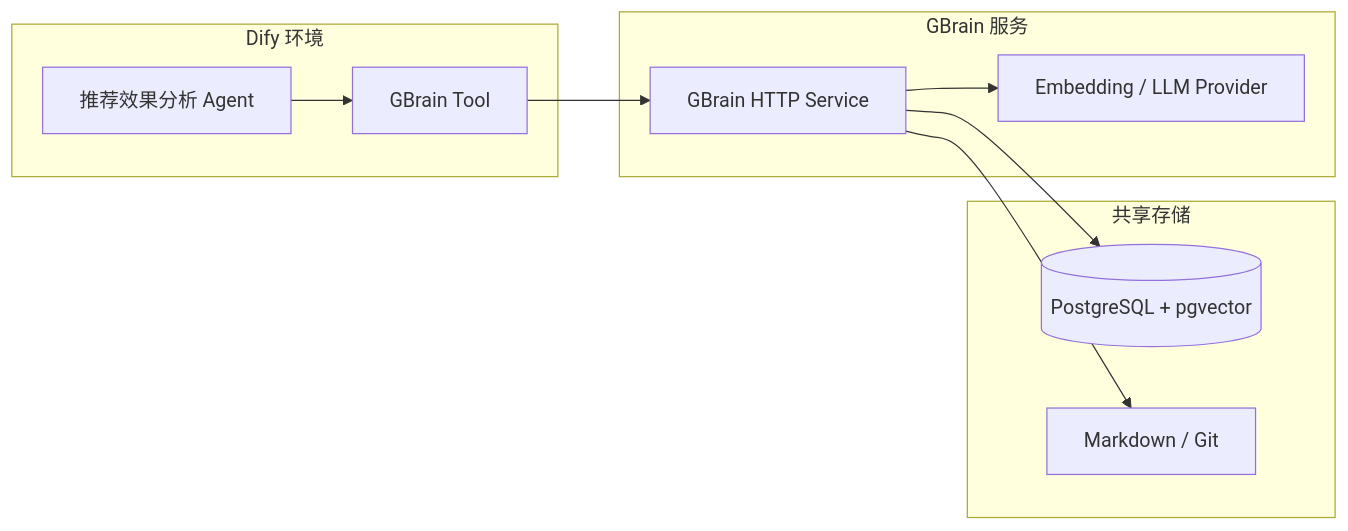
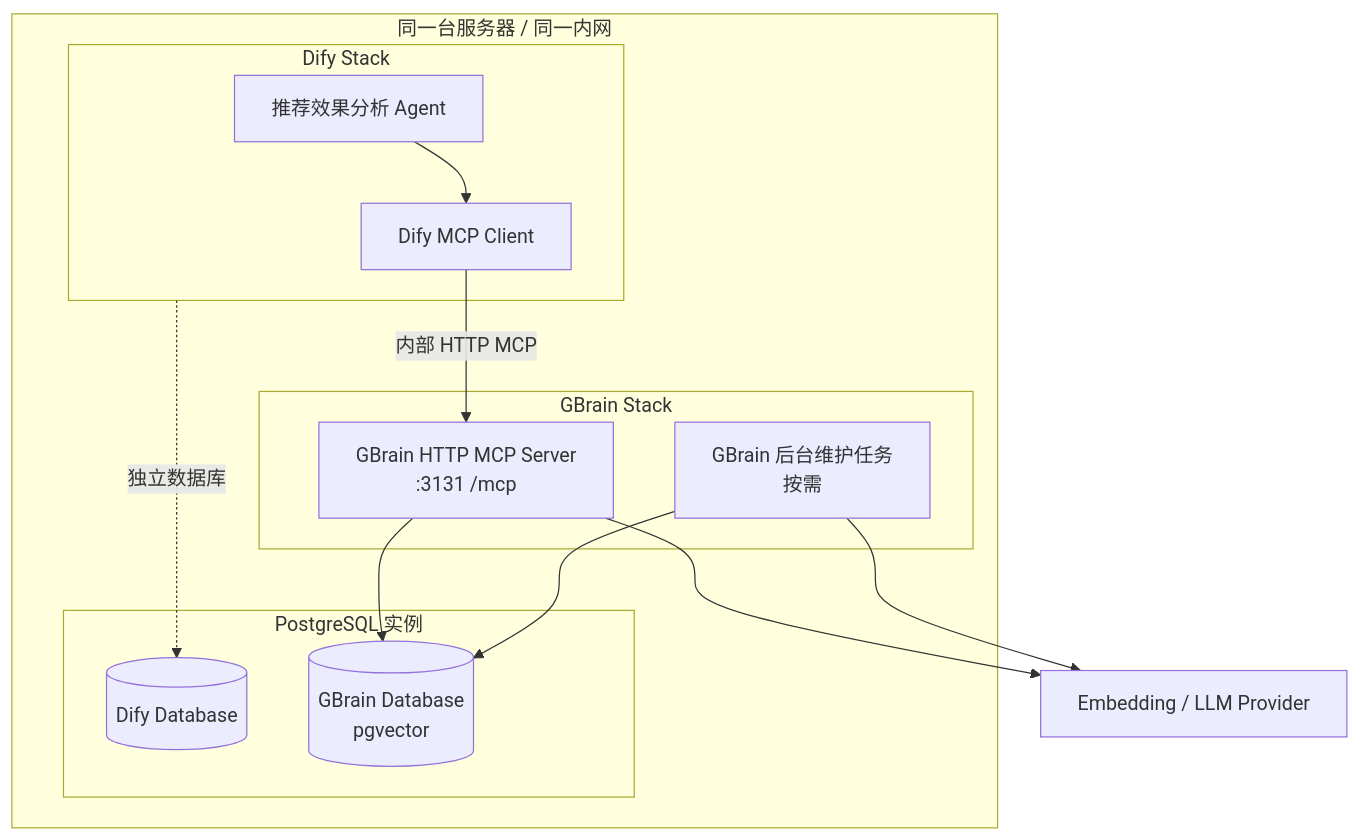
Before and after one commit to sgfd-ui/internship: the seventh of 7 diagrams in weekly-report/gbrain-dify-shared-knowledge.md, drawn with Mermaid. The commit also changed other lines of this file, not shown here.

Commit message:
refine GBrain MCP integration and deployment

````diff
--- a/weekly-report/gbrain-dify-shared-knowledge.md
+++ b/weekly-report/gbrain-dify-shared-knowledge.md
@@ -178,22 +246,30 @@
 ```mermaid
-flowchart LR
-    subgraph D[Dify 环境]
-        A[推荐效果分析 Agent]
-        T[GBrain Tool]
+flowchart TB
+    subgraph H[同一台服务器 / 同一内网]
+        subgraph D[Dify Stack]
+            A[推荐效果分析 Agent]
+            MC[Dify MCP Client]
+        end
+
+        subgraph G[GBrain Stack]
+            MS[GBrain HTTP MCP Server\n:3131 /mcp]
+            W[GBrain 后台维护任务\n按需]
+        end
+
+        subgraph P[PostgreSQL 实例]
+            DDB[(Dify Database)]
+            GDB[(GBrain Database\npgvector)]
+        end
     end
 
-    subgraph G[GBrain 服务]
-        API[GBrain HTTP Service]
-        M[Embedding / LLM Provider]
-    end
+    MP[Embedding / LLM Provider]
 
-    subgraph S[共享存储]
-        DB[(PostgreSQL + pgvector)]
-        Git[Markdown / Git]
-    end
+    A --> MC
+    MC -->|内部 HTTP MCP| MS
+    MS --> GDB
+    W --> GDB
+    MS --> MP
+    W --> MP
 
-    A --> T --> API
-    API --> DB
-    API --> Git
-    API --> M
+    D -.独立数据库.-> DDB
 ```
````
